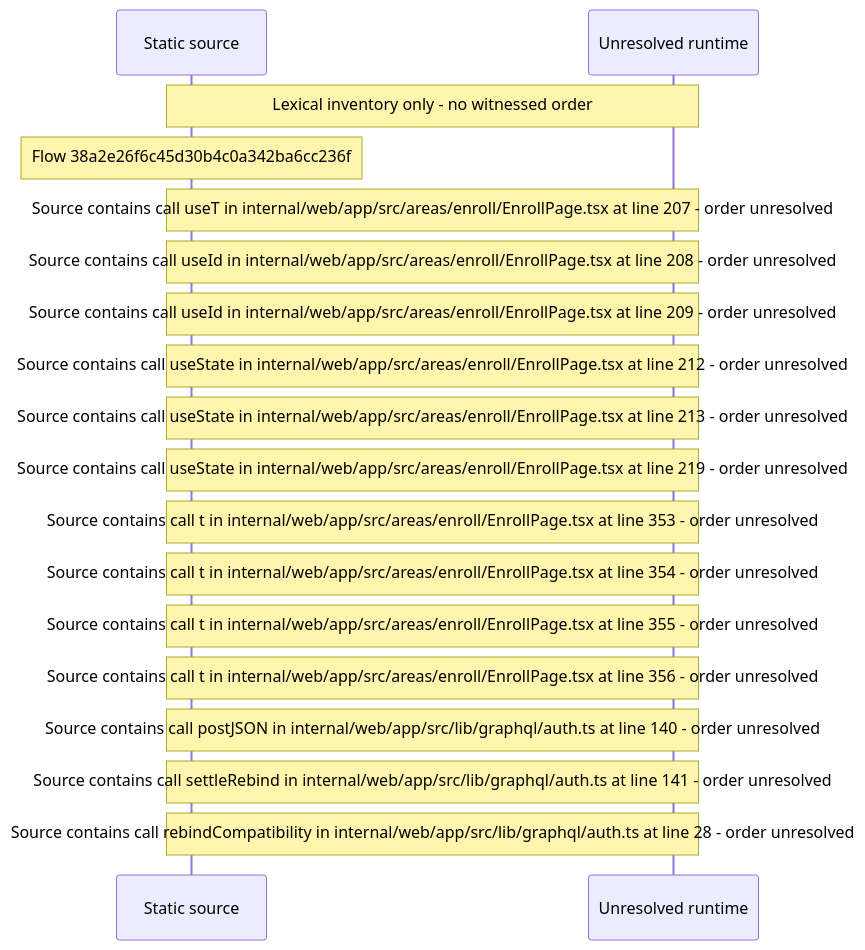
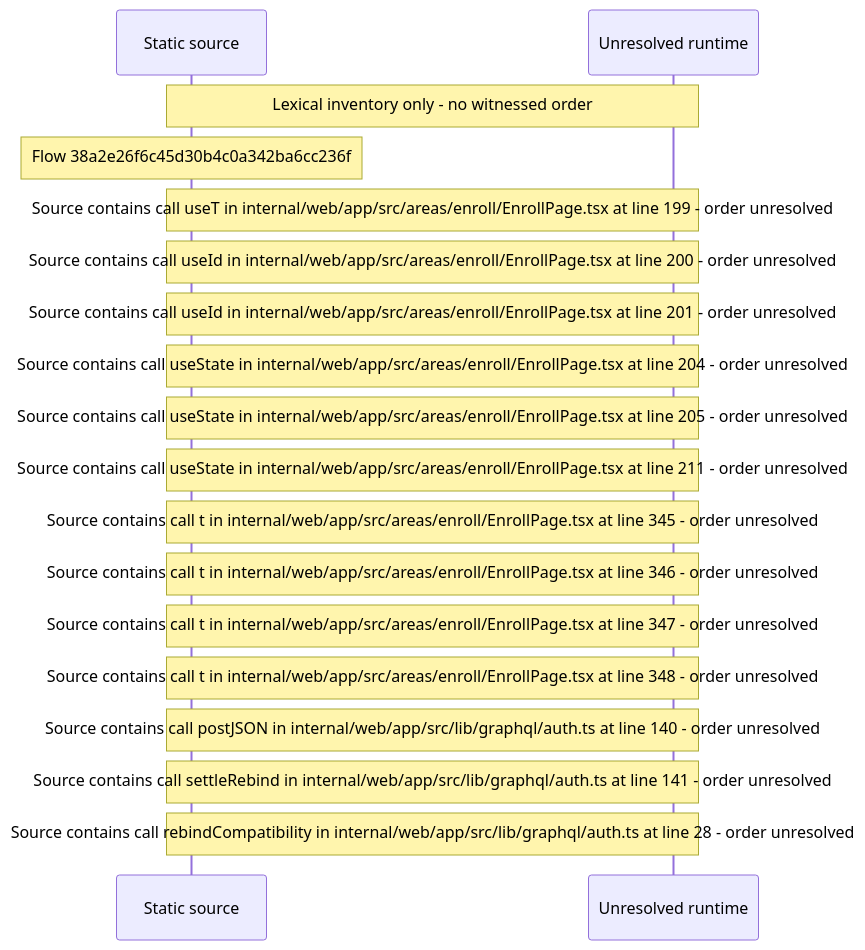
One commit to beamfall/core changed the diagram in docs/web/flows/generated/38a2e26f6c45d30b4c0a342ba6cc236f/flow-diagram.md. Above: the diagram before and after it, drawn with Mermaid. The commit also changed other lines of this file and 715 other files, not shown here.

Commit message:
Regenerate the web flow record on the landing stack head (CORE-1762)

````diff
--- a/docs/web/flows/generated/38a2e26f6c45d30b4c0a342ba6cc236f/flow-diagram.md
+++ b/docs/web/flows/generated/38a2e26f6c45d30b4c0a342ba6cc236f/flow-diagram.md
@@ -10,20 +10,20 @@
 ```mermaid
 sequenceDiagram
     participant S as Static source
     participant U as Unresolved runtime
     Note over S,U: Lexical inventory only - no witnessed order
     Note over S: Flow 38a2e26f6c45d30b4c0a342ba6cc236f
-    Note over S,U: Source contains call useT in internal/web/app/src/areas/enroll/EnrollPage.tsx at line 207 - order unresolved
-    Note over S,U: Source contains call useId in internal/web/app/src/areas/enroll/EnrollPage.tsx at line 208 - order unresolved
-    Note over S,U: Source contains call useId in internal/web/app/src/areas/enroll/EnrollPage.tsx at line 209 - order unresolved
-    Note over S,U: Source contains call useState in internal/web/app/src/areas/enroll/EnrollPage.tsx at line 212 - order unresolved
-    Note over S,U: Source contains call useState in internal/web/app/src/areas/enroll/EnrollPage.tsx at line 213 - order unresolved
-    Note over S,U: Source contains call useState in internal/web/app/src/areas/enroll/EnrollPage.tsx at line 219 - order unresolved
-    Note over S,U: Source contains call t in internal/web/app/src/areas/enroll/EnrollPage.tsx at line 353 - order unresolved
-    Note over S,U: Source contains call t in internal/web/app/src/areas/enroll/EnrollPage.tsx at line 354 - order unresolved
-    Note over S,U: Source contains call t in internal/web/app/src/areas/enroll/EnrollPage.tsx at line 355 - order unresolved
-    Note over S,U: Source contains call t in internal/web/app/src/areas/enroll/EnrollPage.tsx at line 356 - order unresolved
+    Note over S,U: Source contains call useT in internal/web/app/src/areas/enroll/EnrollPage.tsx at line 199 - order unresolved
+    Note over S,U: Source contains call useId in internal/web/app/src/areas/enroll/EnrollPage.tsx at line 200 - order unresolved
+    Note over S,U: Source contains call useId in internal/web/app/src/areas/enroll/EnrollPage.tsx at line 201 - order unresolved
+    Note over S,U: Source contains call useState in internal/web/app/src/areas/enroll/EnrollPage.tsx at line 204 - order unresolved
+    Note over S,U: Source contains call useState in internal/web/app/src/areas/enroll/EnrollPage.tsx at line 205 - order unresolved
+    Note over S,U: Source contains call useState in internal/web/app/src/areas/enroll/EnrollPage.tsx at line 211 - order unresolved
+    Note over S,U: Source contains call t in internal/web/app/src/areas/enroll/EnrollPage.tsx at line 345 - order unresolved
+    Note over S,U: Source contains call t in internal/web/app/src/areas/enroll/EnrollPage.tsx at line 346 - order unresolved
+    Note over S,U: Source contains call t in internal/web/app/src/areas/enroll/EnrollPage.tsx at line 347 - order unresolved
+    Note over S,U: Source contains call t in internal/web/app/src/areas/enroll/EnrollPage.tsx at line 348 - order unresolved
     Note over S,U: Source contains call postJSON in internal/web/app/src/lib/graphql/auth.ts at line 140 - order unresolved
     Note over S,U: Source contains call settleRebind in internal/web/app/src/lib/graphql/auth.ts at line 141 - order unresolved
     Note over S,U: Source contains call rebindCompatibility in internal/web/app/src/lib/graphql/auth.ts at line 28 - order unresolved
 ```
````
